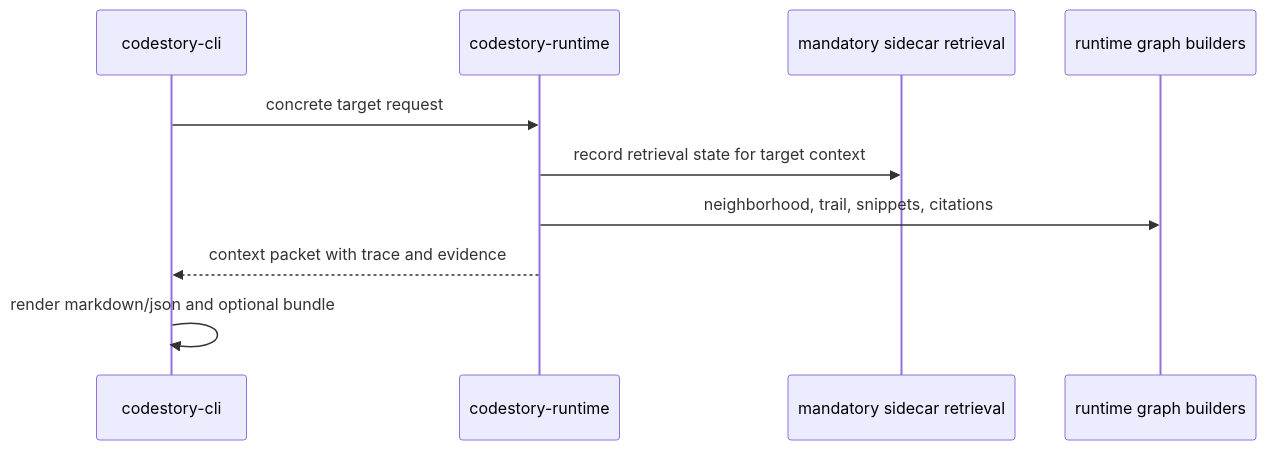
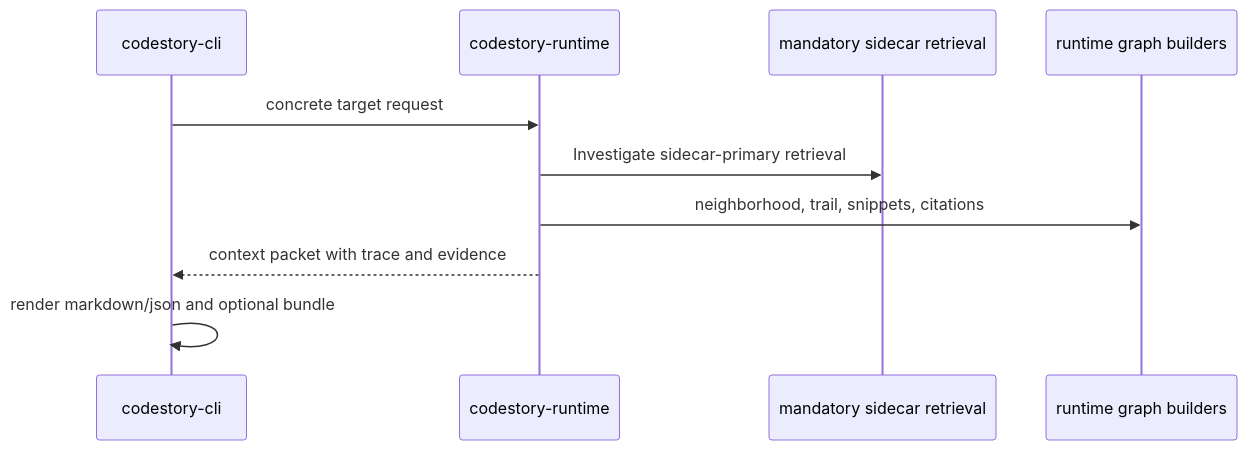
Before and after one commit to TheGreenCedar/CodeStory: the second of 3 diagrams in docs/architecture/runtime-execution-path.md, drawn with Mermaid. The commit also changed other lines of this file and 3 other files, not shown here.

Commit message:
fix context sidecar docs

````diff
--- a/docs/architecture/runtime-execution-path.md
+++ b/docs/architecture/runtime-execution-path.md
@@ -58,13 +58,13 @@
 ```mermaid
 sequenceDiagram
     participant CLI as codestory-cli
     participant Runtime as codestory-runtime
     participant Retrieval as mandatory sidecar retrieval
     participant Graph as runtime graph builders
 
     CLI->>Runtime: concrete target request
-    Runtime->>Retrieval: record retrieval state for target context
+    Runtime->>Retrieval: Investigate sidecar-primary retrieval
     Runtime->>Graph: neighborhood, trail, snippets, citations
     Runtime-->>CLI: context packet with trace and evidence
     CLI->>CLI: render markdown/json and optional bundle
 ```
````
